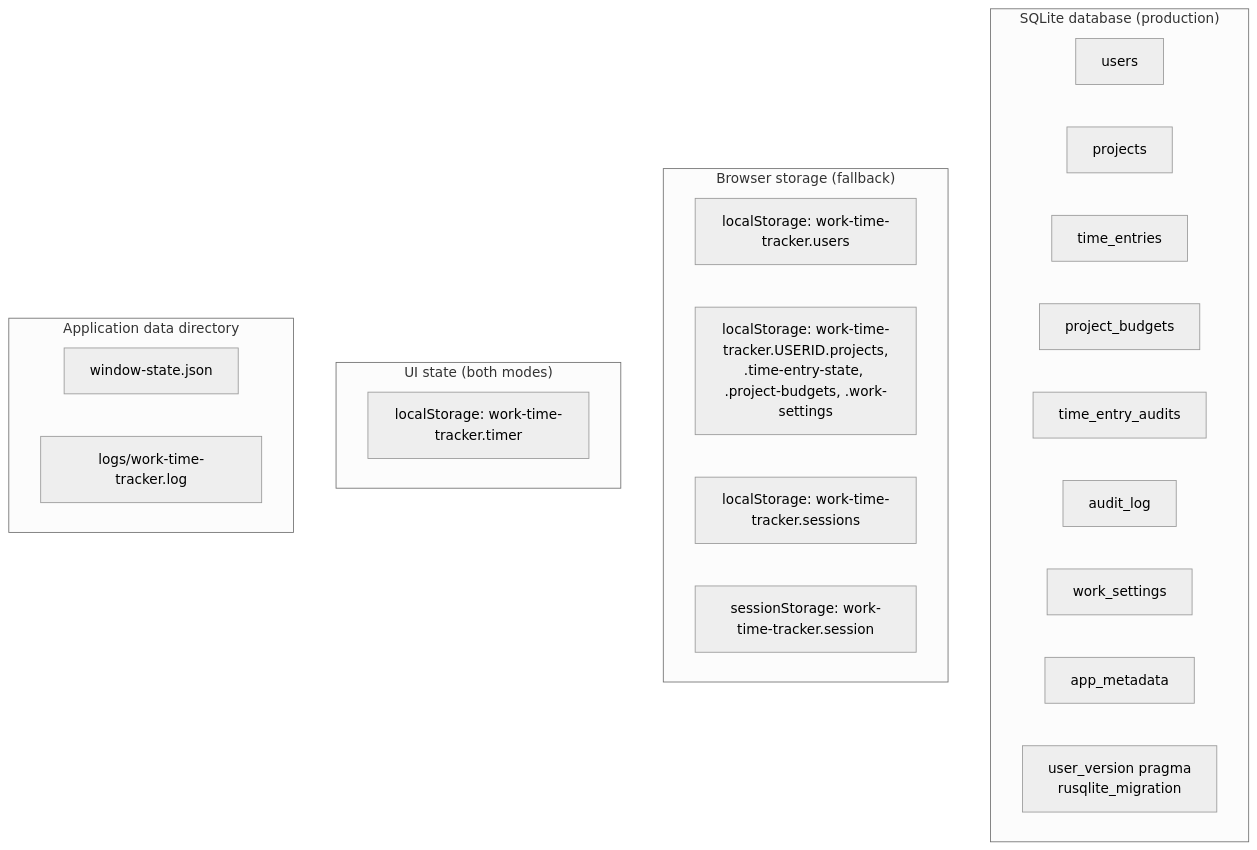
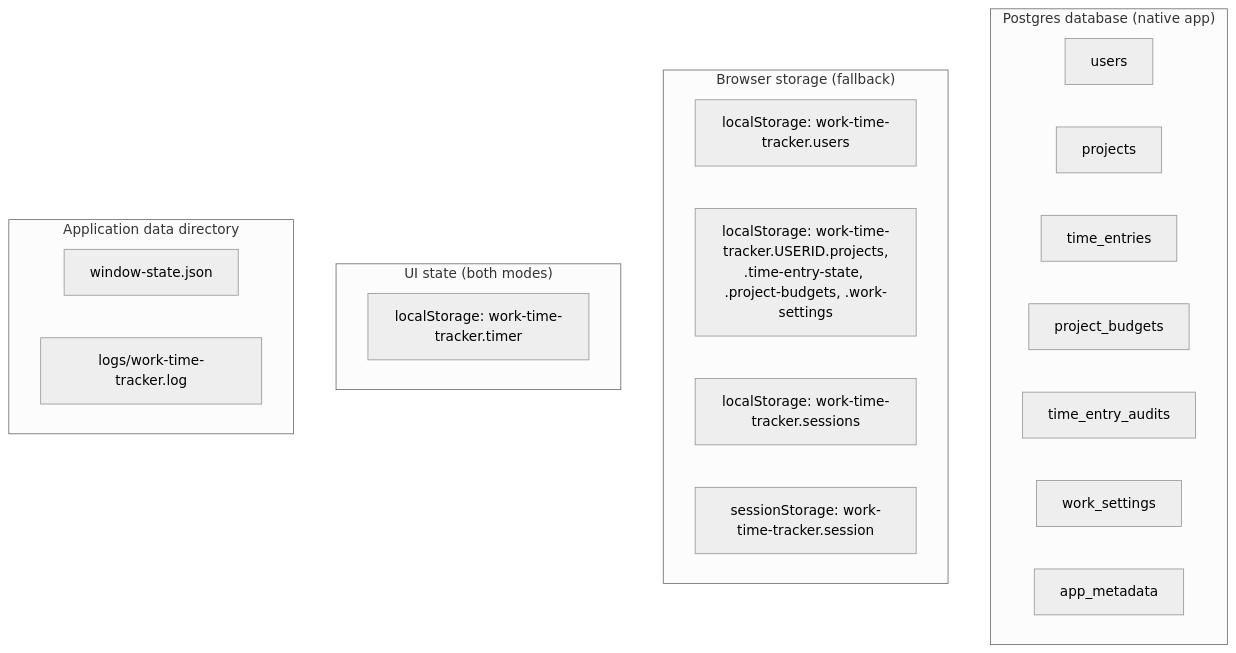
Before and after one commit to serious6/WorkTimeTracker: the second of 3 diagrams in docs/data-model.md, drawn with Mermaid (neutral theme). The commit also changed other lines of this file and 129 other files, not shown here.

First line of the commit message:
Remove SQLite support and consolidate on Postgres (#41)

````diff
--- a/docs/data-model.md
+++ b/docs/data-model.md
@@ -38,30 +34,28 @@
 ```mermaid
 flowchart TB
-  subgraph sqlite["SQLite database (production)"]
+  subgraph postgres["Postgres database (native app)"]
     users_t["users"]
     projects_t["projects"]
     entries_t["time_entries"]
     budgets_t["project_budgets"]
     audits_t["time_entry_audits"]
-    audit_log_t["audit_log"]
     settings_t["work_settings"]
     meta_t["app_metadata"]
-    version_t["user_version pragma<br/>rusqlite_migration"]
   end
 
   subgraph browser["Browser storage (fallback)"]
     ls_users["localStorage: work-time-tracker.users"]
     ls_scoped["localStorage: work-time-tracker.USERID.projects,<br/>.time-entry-state, .project-budgets, .work-settings"]
     ls_sessions["localStorage: work-time-tracker.sessions"]
     ss_session["sessionStorage: work-time-tracker.session"]
   end
 
   subgraph ui["UI state (both modes)"]
     ls_timer["localStorage: work-time-tracker.timer"]
   end
 
   subgraph fs["Application data directory"]
     win["window-state.json"]
     log["logs/work-time-tracker.log"]
   end
 ```
````
